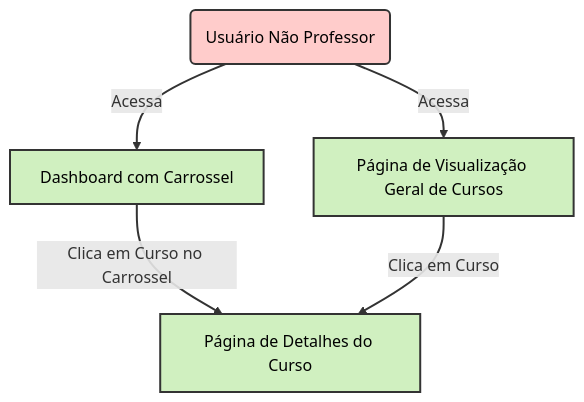
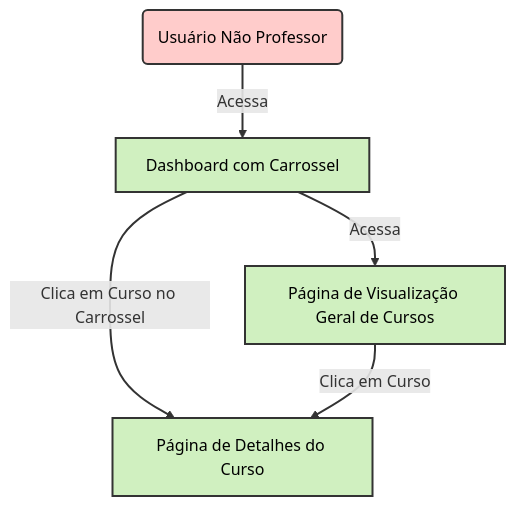
One commit to Paiva8859/PlataformaEAD changed the fifth of 5 diagrams in README.md. Above: the diagram before and after it, drawn with Mermaid.

````diff
--- a/README.md
+++ b/README.md
@@ -125,28 +125,28 @@
 ```mermaid
 flowchart TD
     %% Definindo o Ator
     A1(Usuário Não Professor)
 
     %% Definindo as Páginas
     P1[Dashboard com Carrossel]
     P2[Página de Visualização Geral de Cursos]
     P3[Página de Detalhes do Curso]
 
     %% Definindo as Ações
     A1 -->|Acessa| P1
-    A1 -->|Acessa| P2
+    P1 -->|Acessa| P2
 
     P1 -->|Clica em Curso no Carrossel| P3
     P2 -->|Clica em Curso| P3
 
     %% Estilizando o Ator
     classDef actor fill:#ffcccb,stroke:#333,stroke-width:2px,color:#000;
     class A1 actor;
 
     %% Estilizando as Páginas
     classDef page fill:#d0f0c0,stroke:#333,stroke-width:2px,color:#000;
     class P1,P2,P3 page;
 
     %% Estilizando as Conexões
     linkStyle default stroke:#333,stroke-width:2px;
 ```
````
